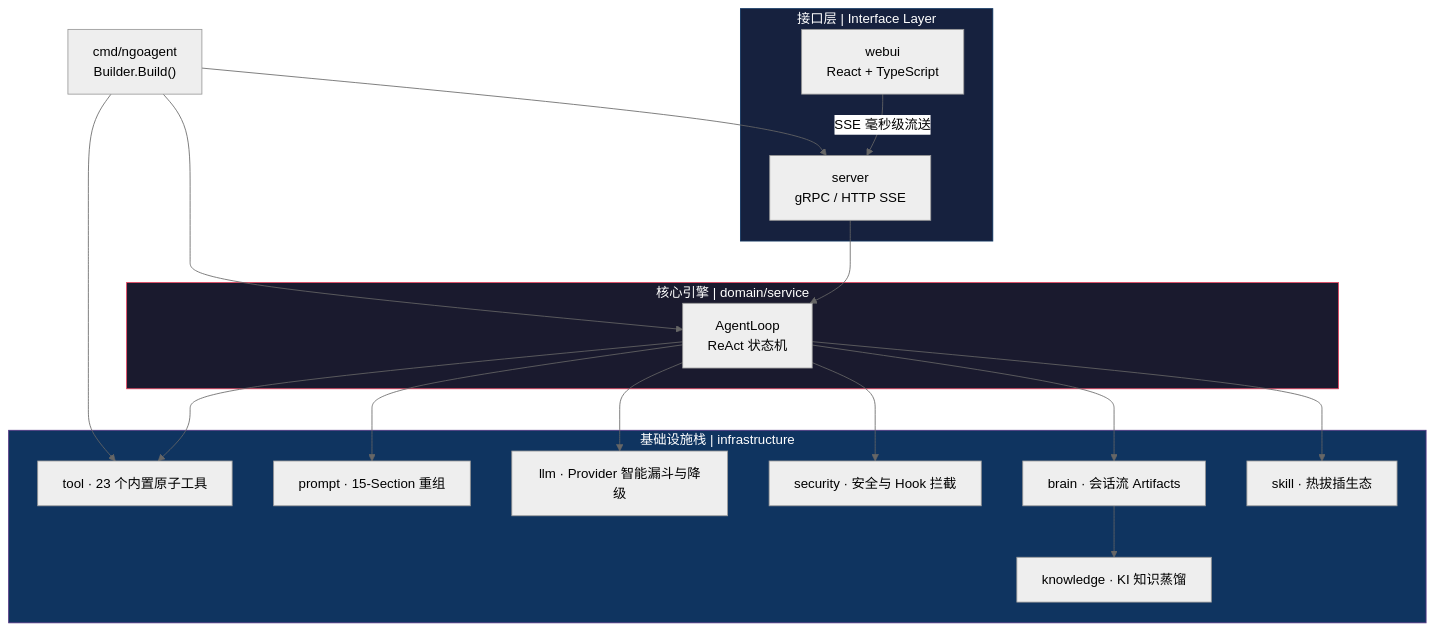
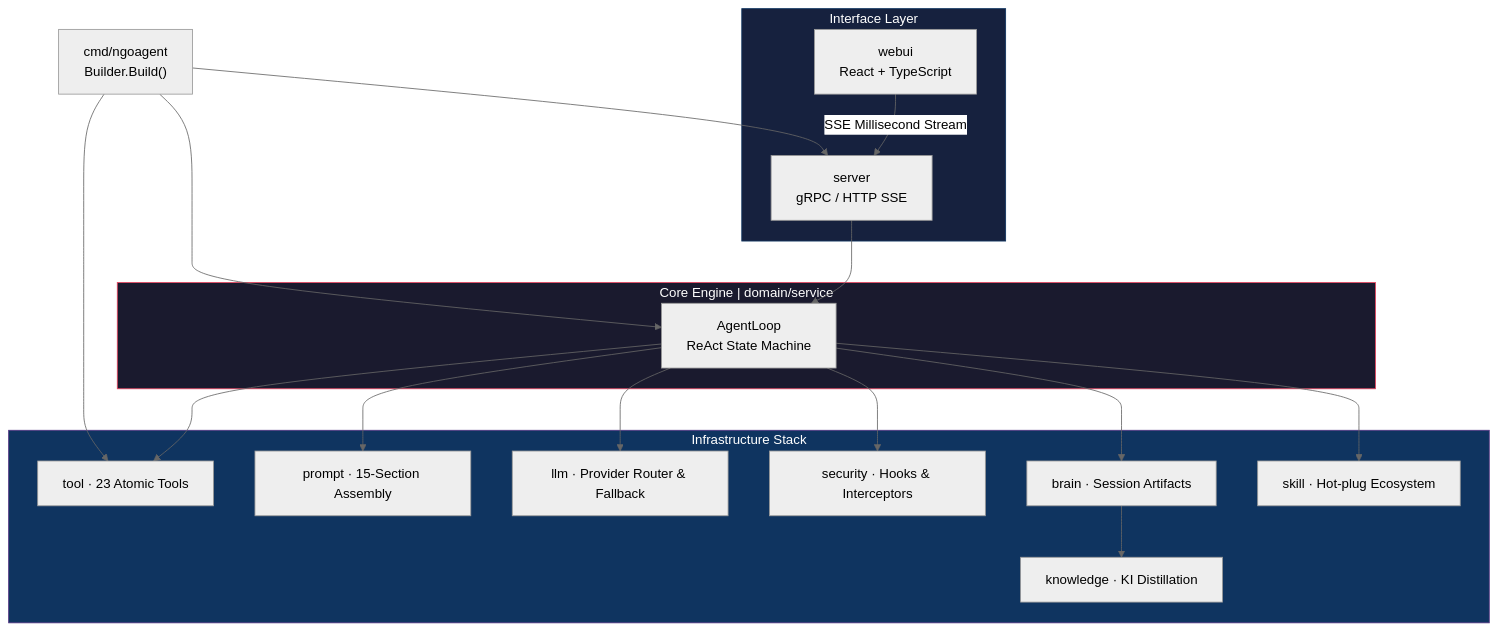
One commit to None9527/NGOAgent changed the diagram in README.md. Above: the diagram before and after it, drawn with Mermaid (neutral theme). The commit also changed other lines of this file and 1 other file, not shown here.

````diff
--- a/README.md
+++ b/README.md
@@ -95,39 +76,39 @@
 ```mermaid
 graph TD
     Main["cmd/ngoagent<br/>Builder.Build()"] --> Server
     Main --> Engine
     Main --> Tool
 
-    subgraph Interfaces["接口层 | Interface Layer"]
+    subgraph Interfaces["Interface Layer"]
         Server["server<br/>gRPC / HTTP SSE"]
         Web["webui<br/>React + TypeScript"]
     end
 
-    subgraph Core["核心引擎 | domain/service"]
-        Engine["AgentLoop<br/>ReAct 状态机"]
+    subgraph Core["Core Engine | domain/service"]
+        Engine["AgentLoop<br/>ReAct State Machine"]
     end
 
-    subgraph Infra["基础设施栈 | infrastructure"]
-        Tool["tool · 23 个内置原子工具"]
-        Prompt["prompt · 15-Section 重组"]
-        LLM["llm · Provider 智能漏斗与降级"]
-        Security["security · 安全与 Hook 拦截"]
-        Brain["brain · 会话流 Artifacts"]
-        KI["knowledge · KI 知识蒸馏"]
-        Skill["skill · 热拔插生态"]
+    subgraph Infra["Infrastructure Stack"]
+        Tool["tool · 23 Atomic Tools"]
+        Prompt["prompt · 15-Section Assembly"]
+        LLM["llm · Provider Router & Fallback"]
+        Security["security · Hooks & Interceptors"]
+        Brain["brain · Session Artifacts"]
+        KI["knowledge · KI Distillation"]
+        Skill["skill · Hot-plug Ecosystem"]
     end
 
-    Web -->|SSE 毫秒级流送| Server
+    Web -->|SSE Millisecond Stream| Server
     Server --> Engine
     Engine --> Tool
     Engine --> Prompt
     Engine --> LLM
     Engine --> Security
     Engine --> Brain
     Brain --> KI
     Engine --> Skill
 
     style Core fill:#1a1a2e,stroke:#e94560,color:#fff
     style Interfaces fill:#16213e,stroke:#0f3460,color:#fff
     style Infra fill:#0f3460,stroke:#533483,color:#fff
 ```
````
